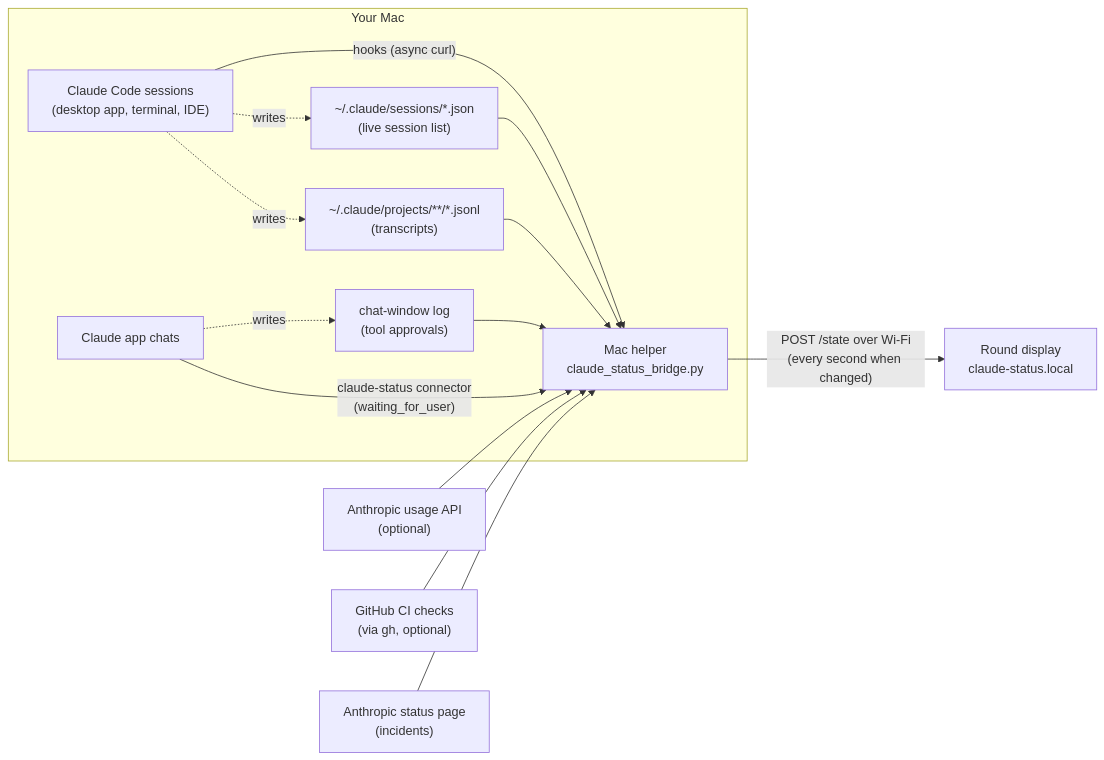
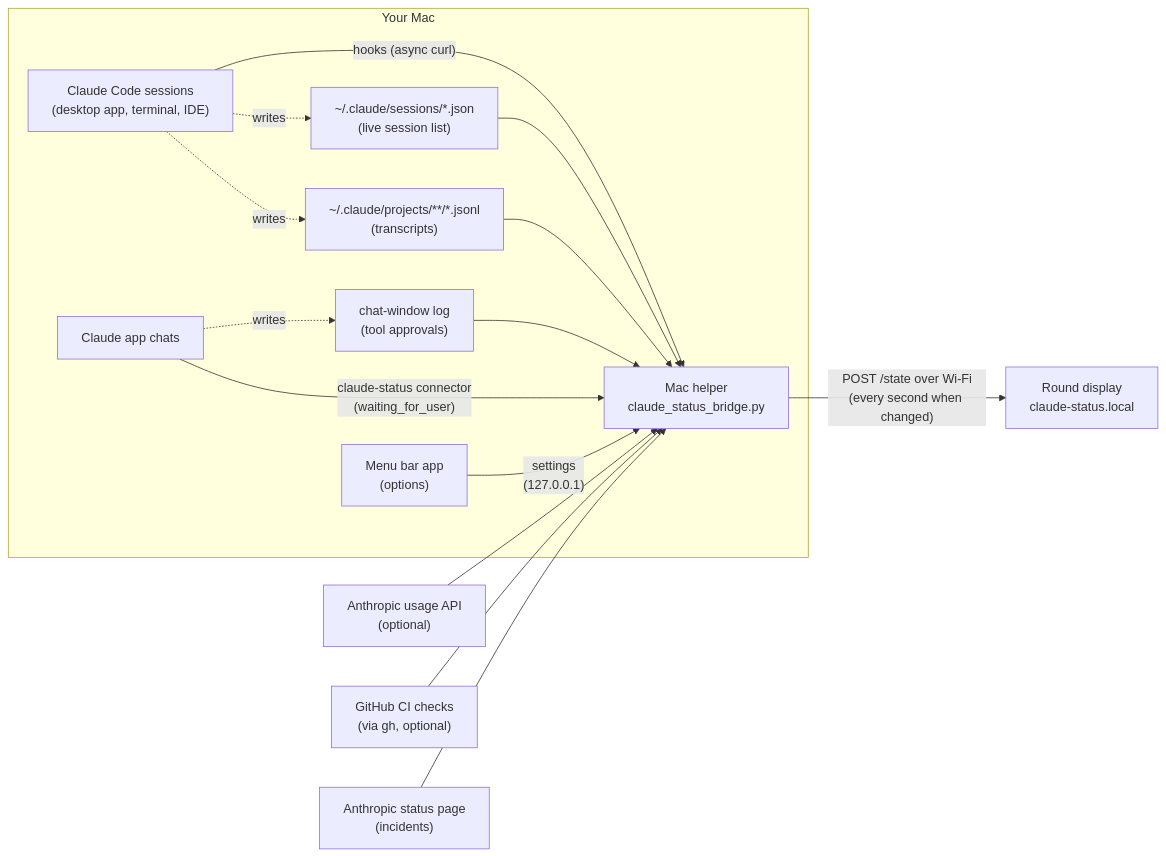
The diagram in README.md (boujois/waveshare-esp32-claude-monitor), drawn with Mermaid before and after one commit. The commit also changed other lines of this file and 27 other files, not shown here.

````diff
--- a/README.md
+++ b/README.md
@@ -88,23 +93,24 @@
 ```mermaid
 flowchart LR
     subgraph Mac["Your Mac"]
         CC["Claude Code sessions<br/>(desktop app, terminal, IDE)"]
         S["~/.claude/sessions/*.json<br/>(live session list)"]
         T["~/.claude/projects/**/*.jsonl<br/>(transcripts)"]
         B["Mac helper<br/>claude_status_bridge.py"]
         CC -- "hooks (async curl)" --> B
         CC -.writes.-> S
         CC -.writes.-> T
         S --> B
         T --> B
         CH["Claude app chats"]
         L["chat-window log<br/>(tool approvals)"]
         CH -.writes.-> L
         L --> B
         CH -- "claude-status connector<br/>(waiting_for_user)" --> B
+        MB["Menu bar app<br/>(options)"] -- "settings<br/>(127.0.0.1)" --> B
     end
     A["Anthropic usage API<br/>(optional)"] --> B
     G["GitHub CI checks<br/>(via gh, optional)"] --> B
     SP["Anthropic status page<br/>(incidents)"] --> B
     B -- "POST /state over Wi-Fi<br/>(every second when changed)" --> D["Round display<br/>claude-status.local"]
 ```
````
